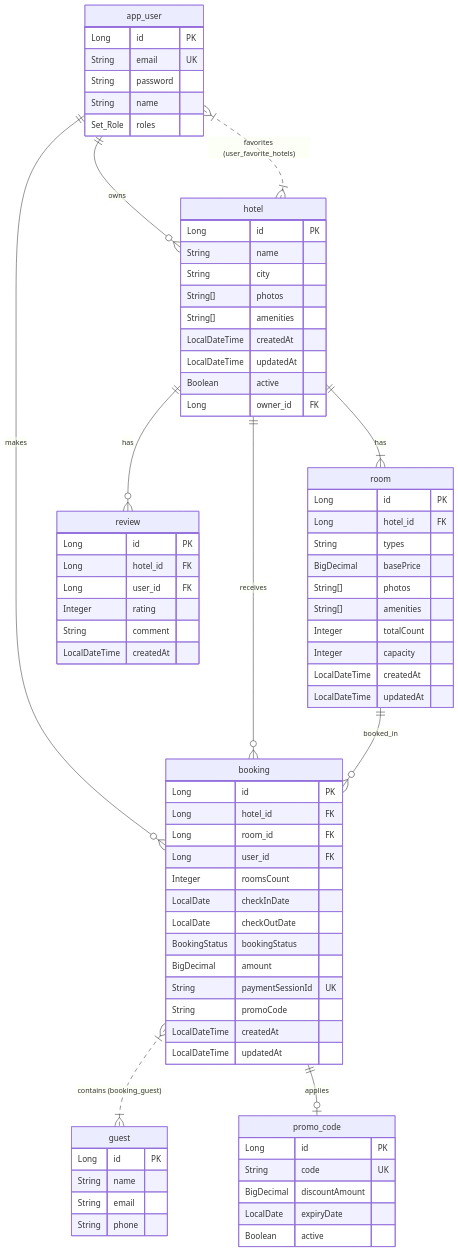
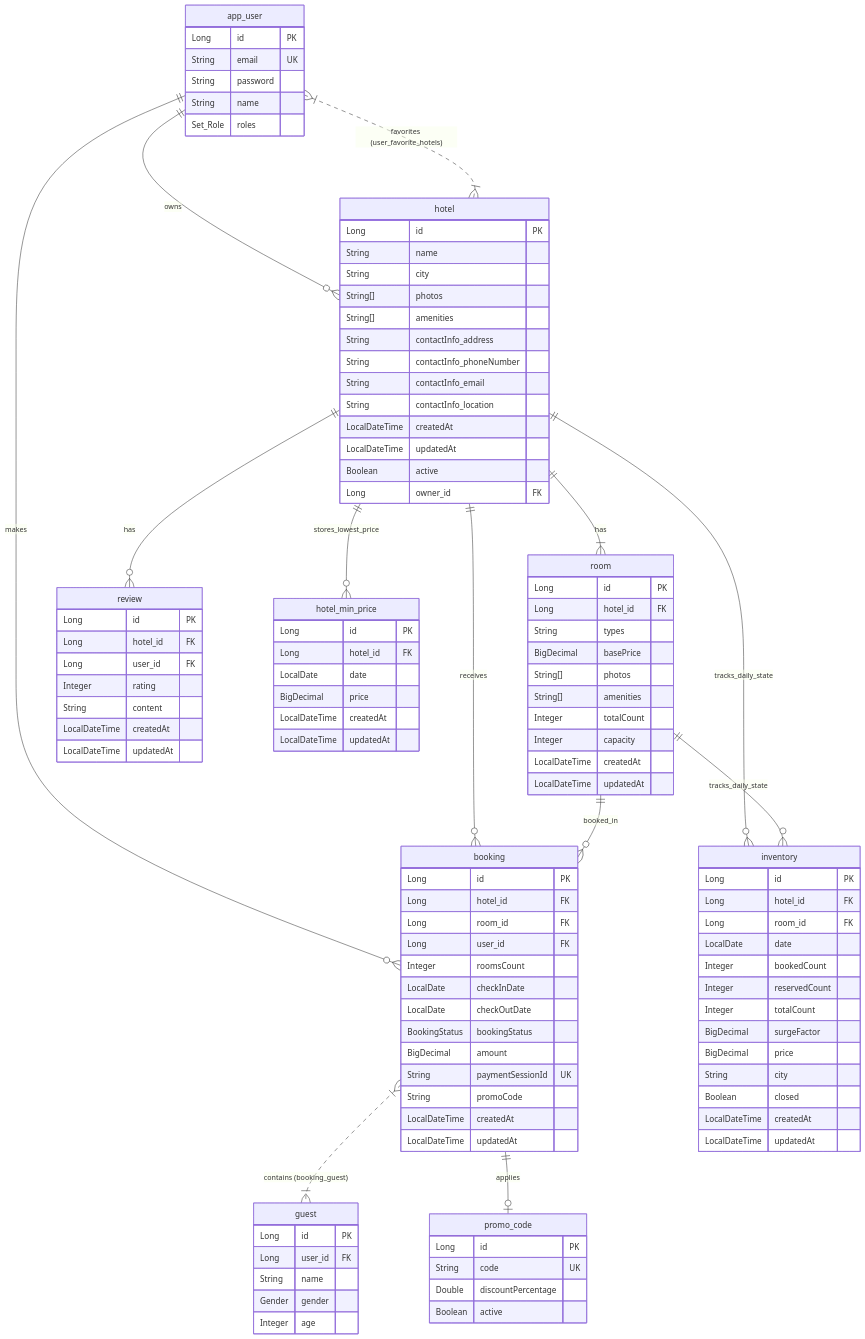
The second of 4 diagrams in design.md (Snehil208001/MoonLight-Stays), drawn with Mermaid before and after one commit.

Commit message:
Correct and align database schema structures in design.md with entity files

````diff
--- a/design.md
+++ b/design.md
@@ -33,6 +33,9 @@
     hotel ||--|{ room : "has"
     hotel ||--o{ booking : "receives"
     hotel ||--o{ review : "has"
+    hotel ||--o{ inventory : "tracks_daily_state"
+    hotel ||--o{ hotel_min_price : "stores_lowest_price"
+    room ||--o{ inventory : "tracks_daily_state"
     room ||--o{ booking : "booked_in"
     booking }|..|{ guest : "contains (booking_guest)"
     booking ||--o| promo_code : "applies"
@@ -51,6 +54,10 @@
         String city
         String[] photos
         String[] amenities
+        String contactInfo_address
+        String contactInfo_phoneNumber
+        String contactInfo_email
+        String contactInfo_location
         LocalDateTime createdAt
         LocalDateTime updatedAt
         Boolean active
@@ -66,6 +73,31 @@
         String[] amenities
         Integer totalCount
         Integer capacity
+        LocalDateTime createdAt
+        LocalDateTime updatedAt
+    }
+
+    inventory {
+        Long id PK
+        Long hotel_id FK
+        Long room_id FK
+        LocalDate date
+        Integer bookedCount
+        Integer reservedCount
+        Integer totalCount
+        BigDecimal surgeFactor
+        BigDecimal price
+        String city
+        Boolean closed
+        LocalDateTime createdAt
+        LocalDateTime updatedAt
+    }
+
+    hotel_min_price {
+        Long id PK
+        Long hotel_id FK
+        LocalDate date
+        BigDecimal price
         LocalDateTime createdAt
         LocalDateTime updatedAt
     }
@@ -88,9 +120,10 @@
 
     guest {
         Long id PK
+        Long user_id FK
         String name
-        String email
-        String phone
+        Gender gender
+        Integer age
     }
 
     review {
@@ -98,15 +131,15 @@
         Long hotel_id FK
         Long user_id FK
         Integer rating
-        String comment
+        String content
         LocalDateTime createdAt
+        LocalDateTime updatedAt
     }
     
     promo_code {
         Long id PK
         String code UK
-        BigDecimal discountAmount
-        LocalDate expiryDate
+        Double discountPercentage
         Boolean active
     }
 ```
````
